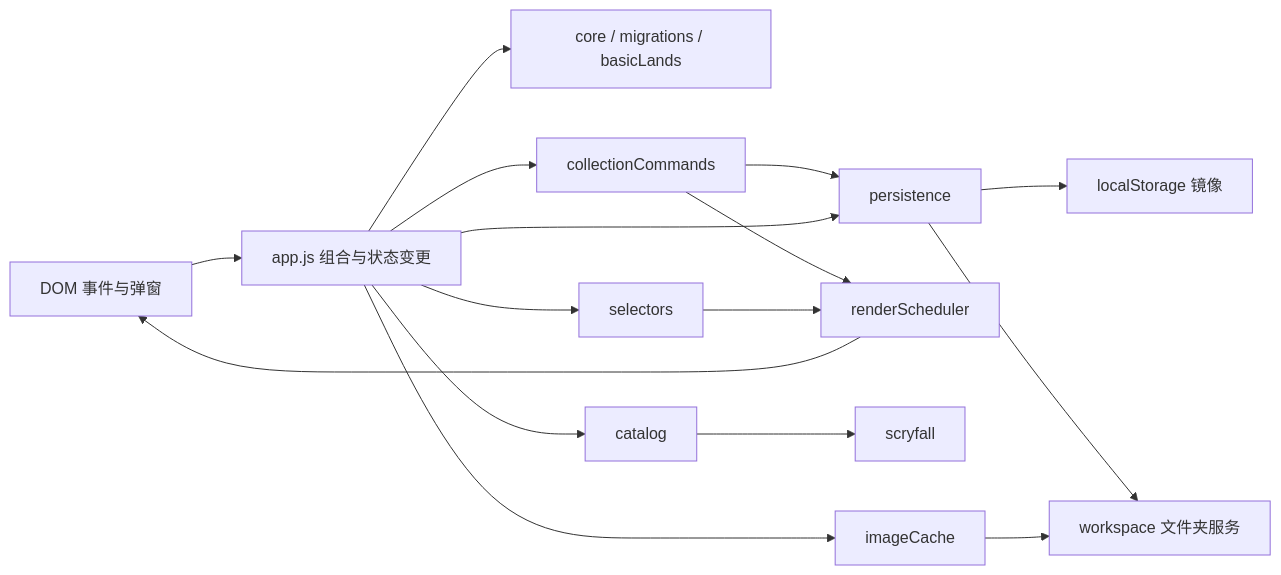
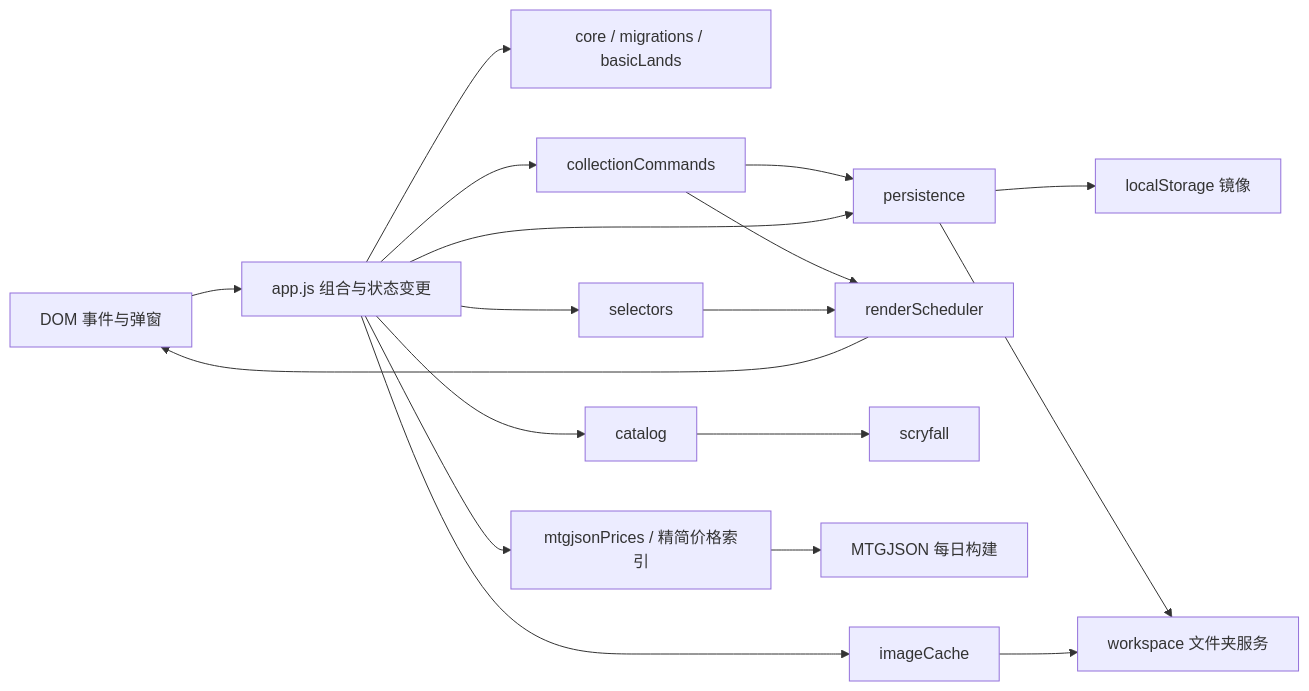
One commit to tiancaigk/arcana-cube changed the diagram in docs/architecture.md. Above: the diagram before and after it, drawn with Mermaid. The commit also changed other lines of this file and 21 other files, not shown here.

````diff
--- a/docs/architecture.md
+++ b/docs/architecture.md
@@ -7,18 +7,20 @@
 ```mermaid
 flowchart LR
   UI["DOM 事件与弹窗"] --> APP["app.js 组合与状态变更"]
   APP --> CORE["core / migrations / basicLands"]
   APP --> COMMANDS["collectionCommands"]
   COMMANDS --> PERSIST["persistence"]
   COMMANDS --> RENDER["renderScheduler"]
   APP --> CATALOG["catalog"]
   CATALOG --> HTTP["scryfall"]
+  APP --> MTGPRICE["mtgjsonPrices / 精简价格索引"]
+  MTGPRICE --> PRICEBUILD["MTGJSON 每日构建"]
   APP --> SELECTORS["selectors"]
   SELECTORS --> RENDER["renderScheduler"]
   RENDER --> UI
   APP --> PERSIST["persistence"]
   PERSIST --> BROWSER["localStorage 镜像"]
   PERSIST --> WORKSPACE["workspace 文件夹服务"]
   APP --> IMAGES["imageCache"]
   IMAGES --> WORKSPACE
 ```
````
